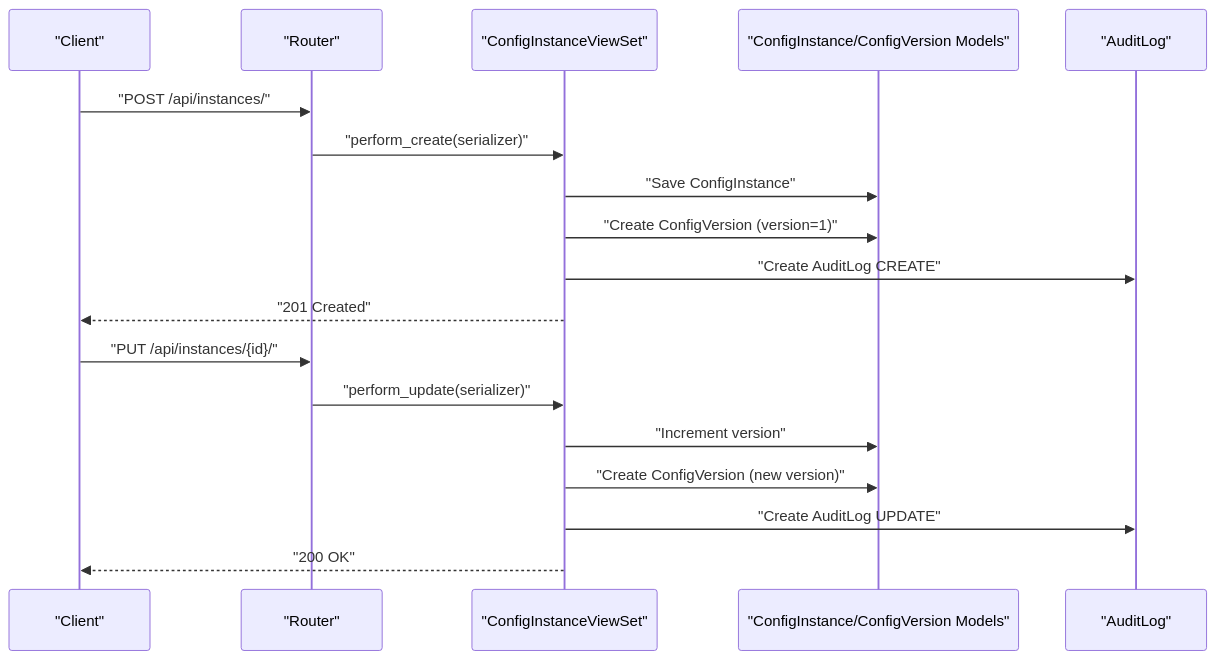
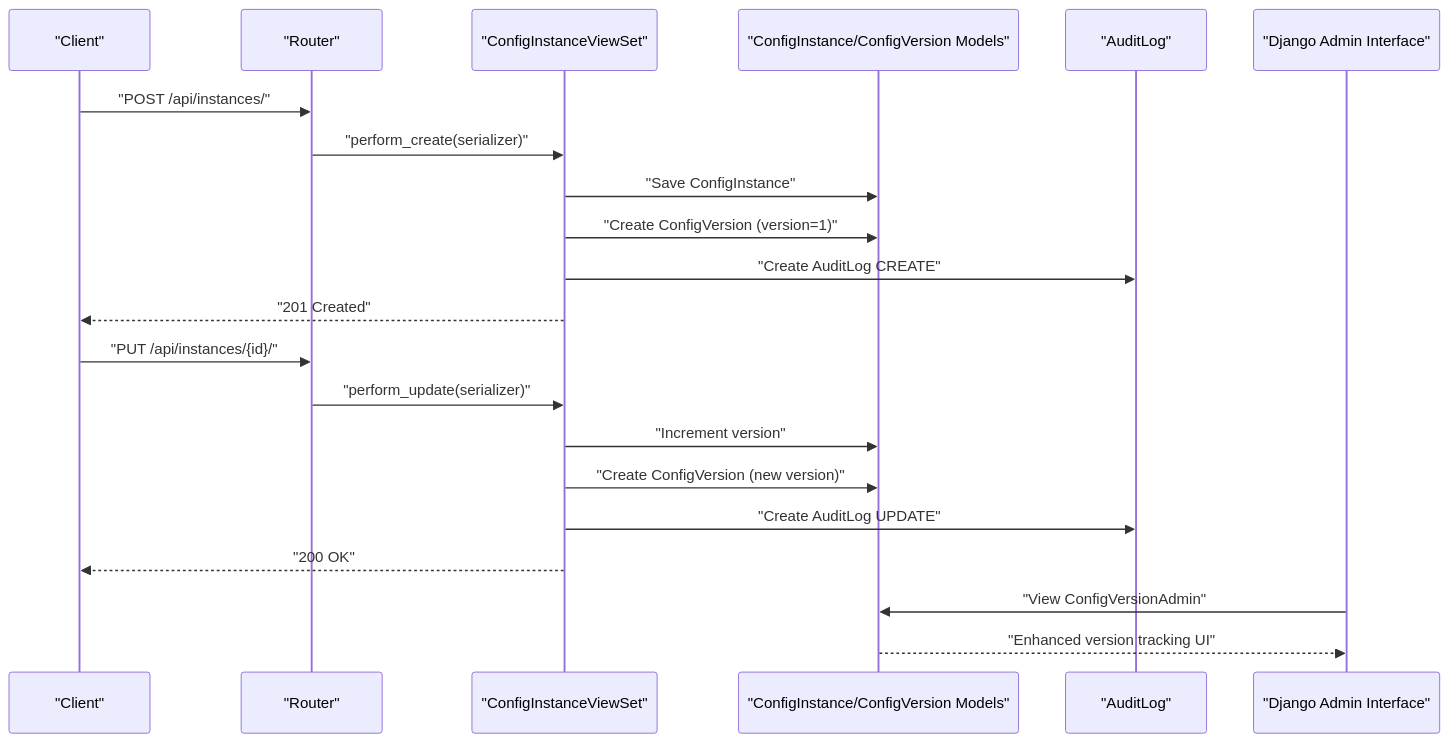
The second of 9 diagrams in .qoder/repowiki/en/content/Backend API Documentation/Version Control API.md (fengyong/ai-ops), drawn with Mermaid before and after one commit. The commit also changed other lines of this file and 7 other files, not shown here.

````diff
--- a/.qoder/repowiki/en/content/Backend API Documentation/Version Control API.md
+++ b/.qoder/repowiki/en/content/Backend API Documentation/Version Control API.md
@@ -82,20 +102,23 @@
 ```mermaid
 sequenceDiagram
 participant C as "Client"
 participant R as "Router"
 participant V as "ConfigInstanceViewSet"
 participant M as "ConfigInstance/ConfigVersion Models"
 participant A as "AuditLog"
+participant Admin as "Django Admin Interface"
 C->>R : "POST /api/instances/"
 R->>V : "perform_create(serializer)"
 V->>M : "Save ConfigInstance"
 V->>M : "Create ConfigVersion (version=1)"
 V->>A : "Create AuditLog CREATE"
 V-->>C : "201 Created"
 C->>R : "PUT /api/instances/{id}/"
 R->>V : "perform_update(serializer)"
 V->>M : "Increment version"
 V->>M : "Create ConfigVersion (new version)"
 V->>A : "Create AuditLog UPDATE"
 V-->>C : "200 OK"
+Admin->>M : "View ConfigVersionAdmin"
+M-->>Admin : "Enhanced version tracking UI"
 ```
````
